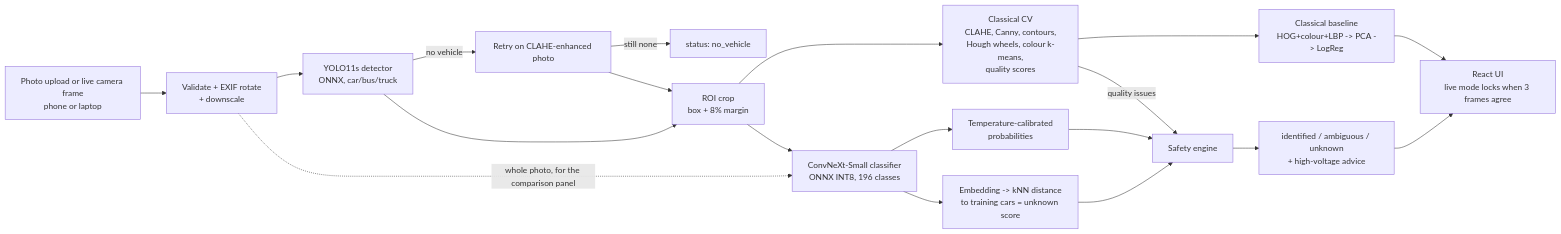
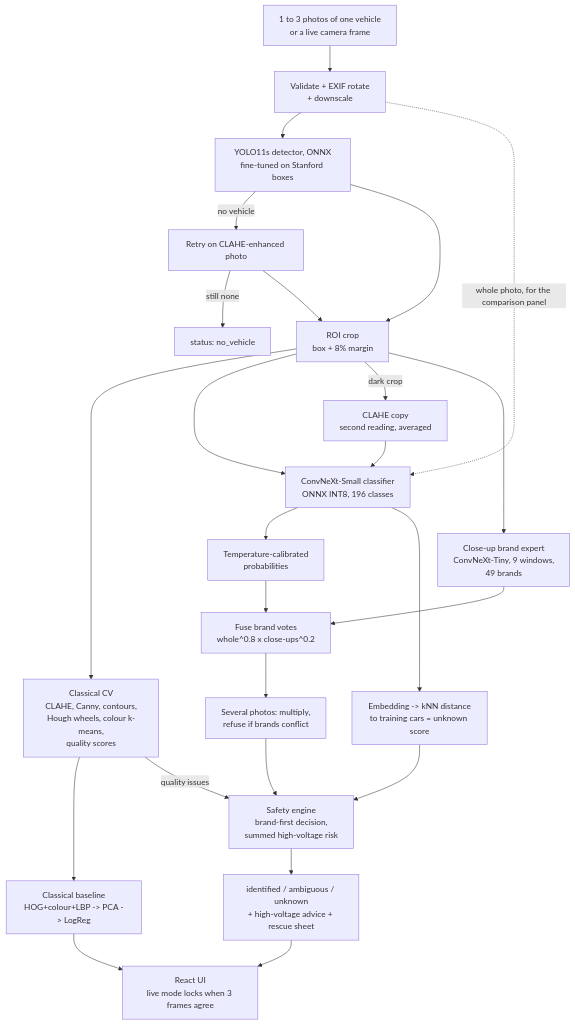
Before and after one commit to Priyanshu-senapati/Rescuelens: the diagram in docs/design.md, drawn with Mermaid. The commit also changed other lines of this file and 3 other files, not shown here.

````diff
--- a/docs/design.md
+++ b/docs/design.md
@@ -47,21 +47,26 @@
 ```mermaid
-flowchart LR
-    U[Photo upload or live camera frame<br/>phone or laptop] --> V[Validate + EXIF rotate<br/>+ downscale]
-    V --> D[YOLO11s detector<br/>ONNX, car/bus/truck]
+flowchart TB
+    U[1 to 3 photos of one vehicle<br/>or a live camera frame] --> V[Validate + EXIF rotate<br/>+ downscale]
+    V --> D[YOLO11s detector, ONNX<br/>fine-tuned on Stanford boxes]
     D -- no vehicle --> D2[Retry on CLAHE-enhanced photo]
     D2 -- still none --> NV[status: no_vehicle]
     D --> R[ROI crop<br/>box + 8% margin]
     D2 --> R
     R --> C[Classical CV<br/>CLAHE, Canny, contours,<br/>Hough wheels, colour k-means,<br/>quality scores]
     R --> M[ConvNeXt-Small classifier<br/>ONNX INT8, 196 classes]
+    R -- dark crop --> N[CLAHE copy<br/>second reading, averaged] --> M
+    R --> E[Close-up brand expert<br/>ConvNeXt-Tiny, 9 windows,<br/>49 brands]
     V -. whole photo, for the comparison panel .-> M
     M --> P[Temperature-calibrated<br/>probabilities]
     M --> K[Embedding -> kNN distance<br/>to training cars = unknown score]
+    P --> F[Fuse brand votes<br/>whole^0.8 x close-ups^0.2]
+    E --> F
+    F --> X[Several photos: multiply,<br/>refuse if brands conflict]
     C --> B[Classical baseline<br/>HOG+colour+LBP -> PCA -> LogReg]
-    P --> S[Safety engine]
+    X --> S[Safety engine<br/>brand-first decision,<br/>summed high-voltage risk]
     K --> S
     C -- quality issues --> S
-    S --> O[identified / ambiguous / unknown<br/>+ high-voltage advice]
+    S --> O[identified / ambiguous / unknown<br/>+ high-voltage advice + rescue sheet]
     O --> UI[React UI<br/>live mode locks when 3 frames agree]
     B --> UI
 ```
````
